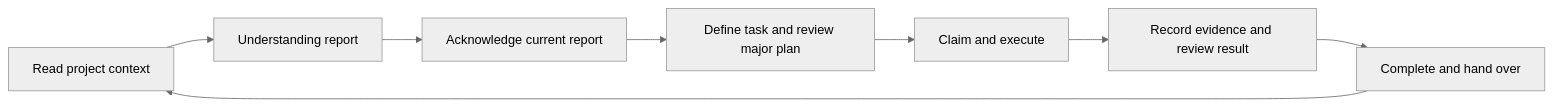
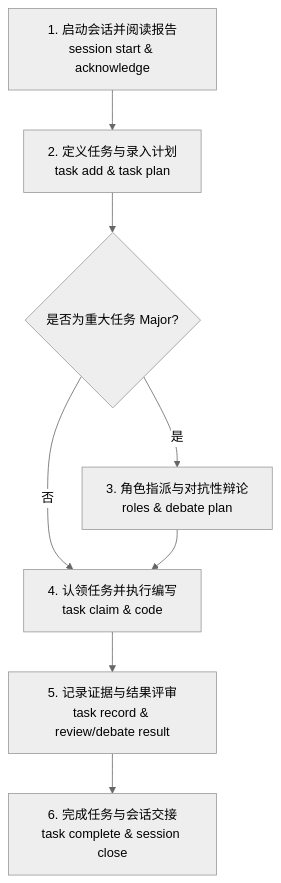
The diagram in README.md (Monster-MVP/UADOS), drawn with Mermaid (neutral theme) before and after one commit. The commit also changed other lines of this file and 1 other file, not shown here.

````diff
--- a/README.md
+++ b/README.md
@@ -49,10 +100,10 @@
 ```mermaid
-flowchart LR
-    A[Read project context] --> B[Understanding report]
-    B --> C[Acknowledge current report]
-    C --> D[Define task and review major plan]
-    D --> E[Claim and execute]
-    E --> F[Record evidence and review result]
-    F --> G[Complete and hand over]
-    G --> A
+flowchart TD
+    A[1. 启动会话并阅读报告<br/>session start & acknowledge] --> B[2. 定义任务与录入计划<br/>task add & task plan]
+    B --> C{是否为重大任务 Major?}
+    C -- 是 --> D[3. 角色指派与对抗性辩论<br/>roles & debate plan]
+    C -- 否 --> E[4. 认领任务并执行编写<br/>task claim & code]
+    D --> E
+    E --> F[5. 记录证据与结果评审<br/>task record & review/debate result]
+    F --> G[6. 完成任务与会话交接<br/>task complete & session close]
 ```
````
